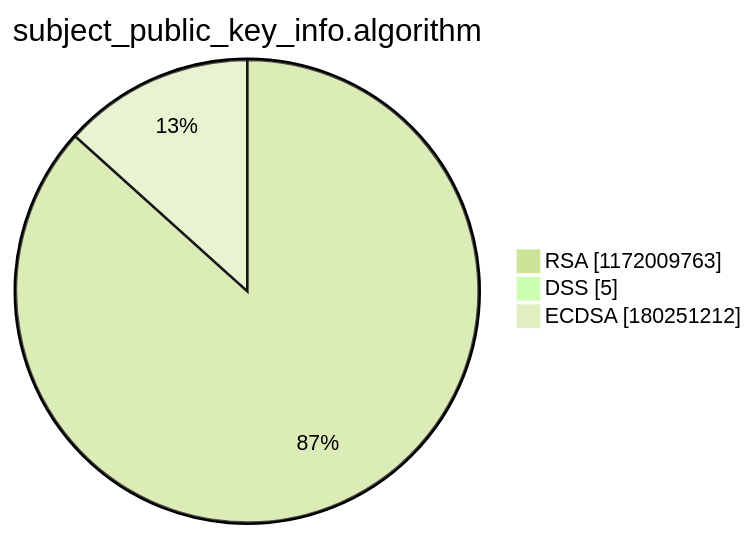
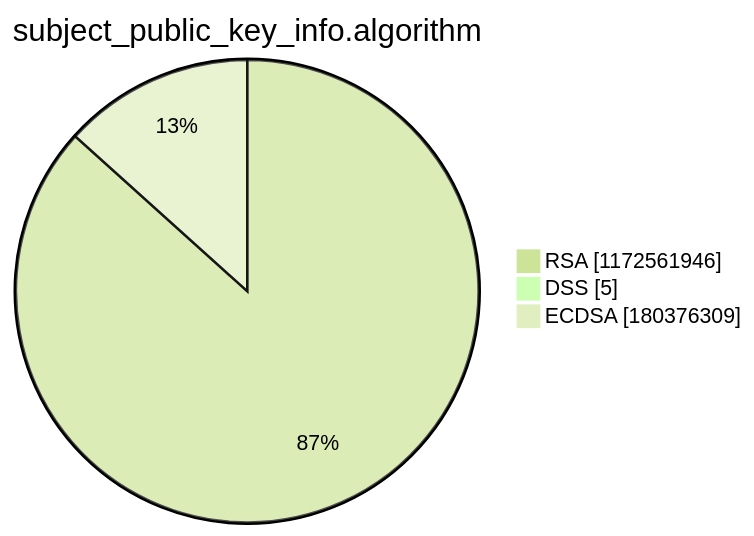
One commit to christiankrug/ctmonitor_visualization changed the third of 15 diagrams in argon2022/README.md. Above: the diagram before and after it, drawn with Mermaid (forest theme). The commit also changed other lines of this file, not shown here.

````diff
--- a/argon2022/README.md
+++ b/argon2022/README.md
@@ -14,7 +14,7 @@
 ```mermaid
 pie showData
 title subject_public_key_info.algorithm
-"RSA" :1172009763
+"RSA" :1172561946
 "DSS" :5
-"ECDSA" :180251212
+"ECDSA" :180376309
 ```
````
